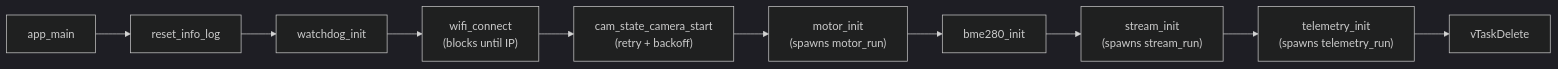
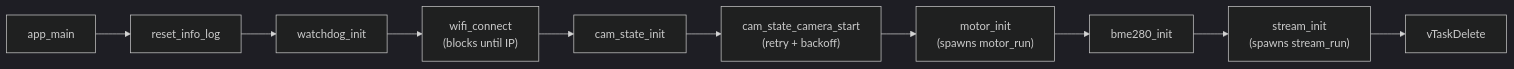
The first of 2 diagrams in docs/scout_cam_flow.md (LINTECH-CHAS-ACADEMY-SUVX25/Scout), drawn with Mermaid (dark theme) before and after one commit. The commit also changed other lines of this file and 1 other file, not shown here.

Commit message:
updated flow charts (not double checked)

````diff
--- a/docs/scout_cam_flow.md
+++ b/docs/scout_cam_flow.md
@@ -8,12 +8,12 @@
 ```mermaid
 flowchart LR
     A[app_main] --> B[reset_info_log]
     B --> C[watchdog_init]
     C --> D["wifi_connect\n(blocks until IP)"]
-    D --> E["cam_state_camera_start\n(retry + backoff)"]
-    E --> F["motor_init\n(spawns motor_run)"]
-    F --> G[bme280_init]
-    G --> H["stream_init\n(spawns stream_run)"]
-    H --> I["telemetry_init\n(spawns telemetry_run)"]
+    D --> E[cam_state_init]
+    E --> F["cam_state_camera_start\n(retry + backoff)"]
+    F --> G["motor_init\n(spawns motor_run)"]
+    G --> H[bme280_init]
+    H --> I["stream_init\n(spawns stream_run)"]
     I --> J[vTaskDelete]
 ```
````
